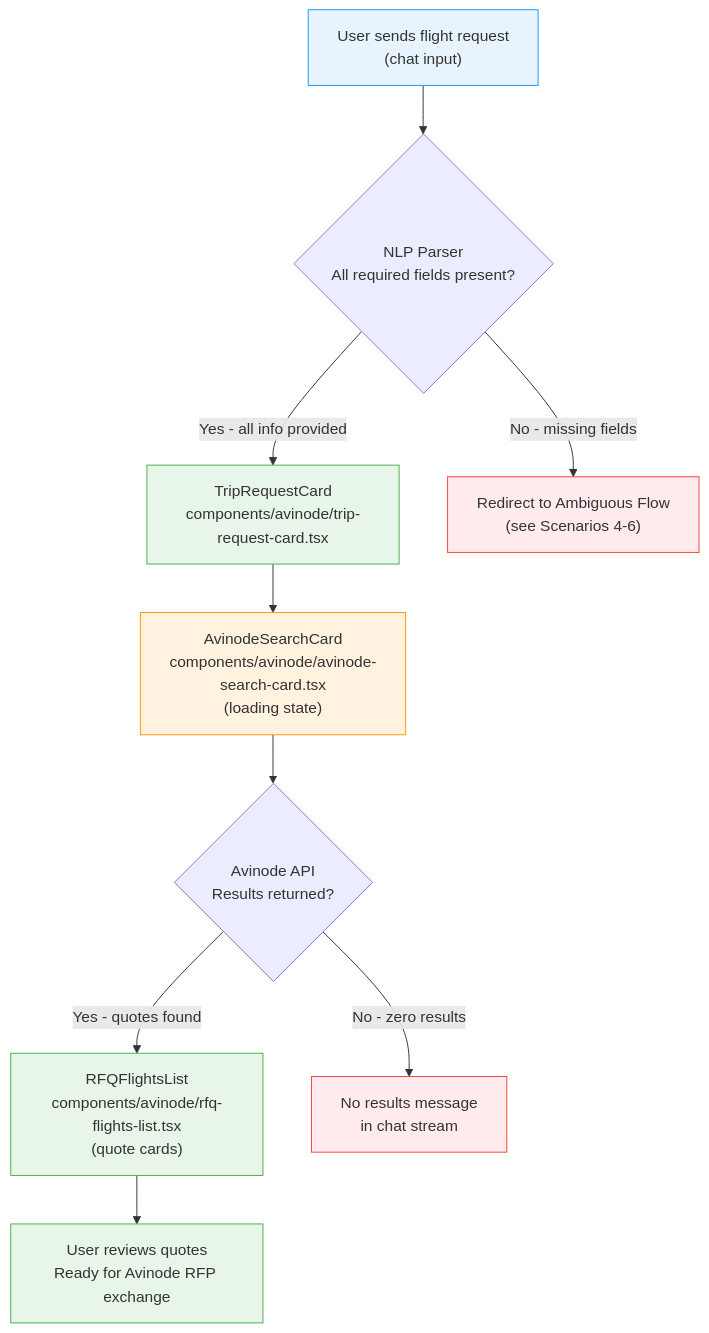
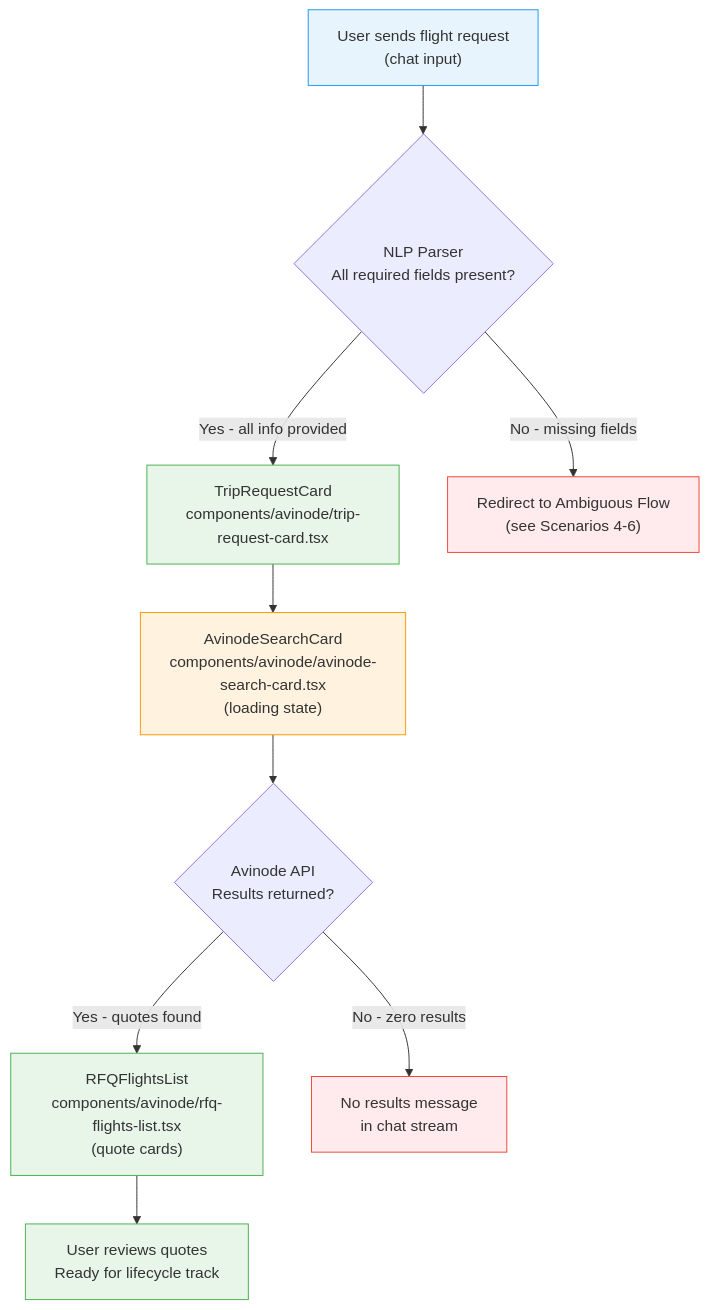
One commit to kingler/v0-jetvision-assistant changed the second of 8 diagrams in .claude/commands/demo-record.md. Above: the diagram before and after it, drawn with Mermaid. The commit also changed other lines of this file and 18 other files, not shown here.

First line of the commit message:
fix(ONEK-348): Track C multi-city lifecycle E2E test + 12 bug reports (#140)

````diff
--- a/.claude/commands/demo-record.md
+++ b/.claude/commands/demo-record.md
@@ -314,21 +579,21 @@
 ```mermaid
 flowchart TD
     A["User sends flight request\n(chat input)"] --> B{"NLP Parser\nAll required fields present?"}
     B -->|"Yes - all info provided"| C["TripRequestCard\ncomponents/avinode/trip-request-card.tsx"]
     B -->|"No - missing fields"| X["Redirect to Ambiguous Flow\n(see Scenarios 4-6)"]
 
     C --> D["AvinodeSearchCard\ncomponents/avinode/avinode-search-card.tsx\n(loading state)"]
     D --> E{"Avinode API\nResults returned?"}
     E -->|"Yes - quotes found"| F["RFQFlightsList\ncomponents/avinode/rfq-flights-list.tsx\n(quote cards)"]
     E -->|"No - zero results"| G["No results message\nin chat stream"]
 
-    F --> H["User reviews quotes\nReady for Avinode RFP exchange"]
+    F --> H["User reviews quotes\nReady for lifecycle track"]
 
     style A fill:#e8f4fd,stroke:#2196F3
     style C fill:#e8f5e9,stroke:#4CAF50
     style D fill:#fff3e0,stroke:#FF9800
     style F fill:#e8f5e9,stroke:#4CAF50
     style G fill:#ffebee,stroke:#f44336
     style H fill:#e8f5e9,stroke:#4CAF50
     style X fill:#ffebee,stroke:#f44336
 ```
````
